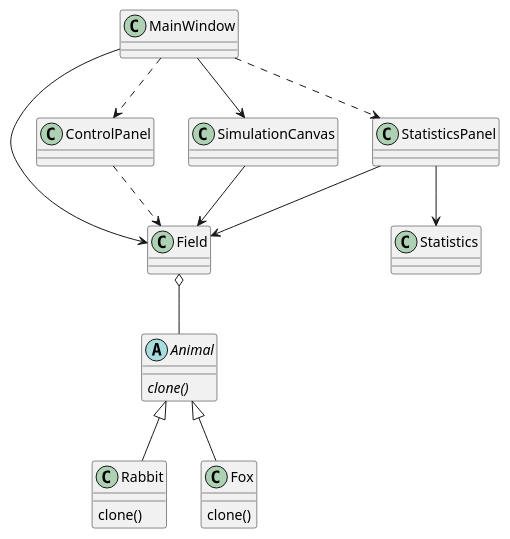
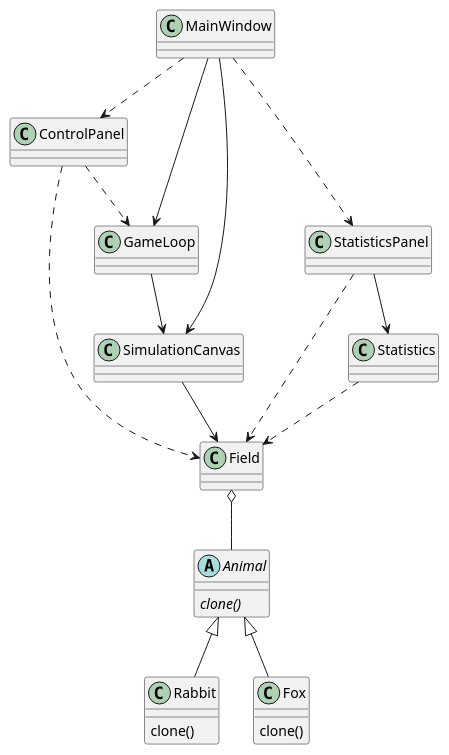
Before and after one commit to adams1mon/predator_prey_simulation_java: the diagram in class_diagram.puml, drawn with PlantUML. The commit also changed 9 other files, not shown here.

```diff
--- a/class_diagram.puml
+++ b/class_diagram.puml
@@ -1,37 +1,41 @@
 @startuml
 'https://plantuml.com/class-diagram
 
 abstract class Animal {
     {abstract} clone()
 }
 
 class Rabbit
 Animal <|-- Rabbit
 Rabbit : clone()
 
 class Fox
 Animal <|-- Fox
 Fox : clone()
 
 class Field
 Field o-- Animal
 
 class ControlPanel
 ControlPanel ..> Field
+ControlPanel ..> GameLoop
 
 class MainWindow
-MainWindow --> Field
+MainWindow --> GameLoop
 MainWindow --> SimulationCanvas
 MainWindow ..> ControlPanel
 MainWindow ..> StatisticsPanel
+
+GameLoop --> SimulationCanvas
 
 class SimulationCanvas
 SimulationCanvas --> Field
 
 class StatisticsPanel
-StatisticsPanel --> Field
+StatisticsPanel ..> Field
 StatisticsPanel --> Statistics
 
 class Statistics
+Statistics ..> Field
 
 @enduml
```
